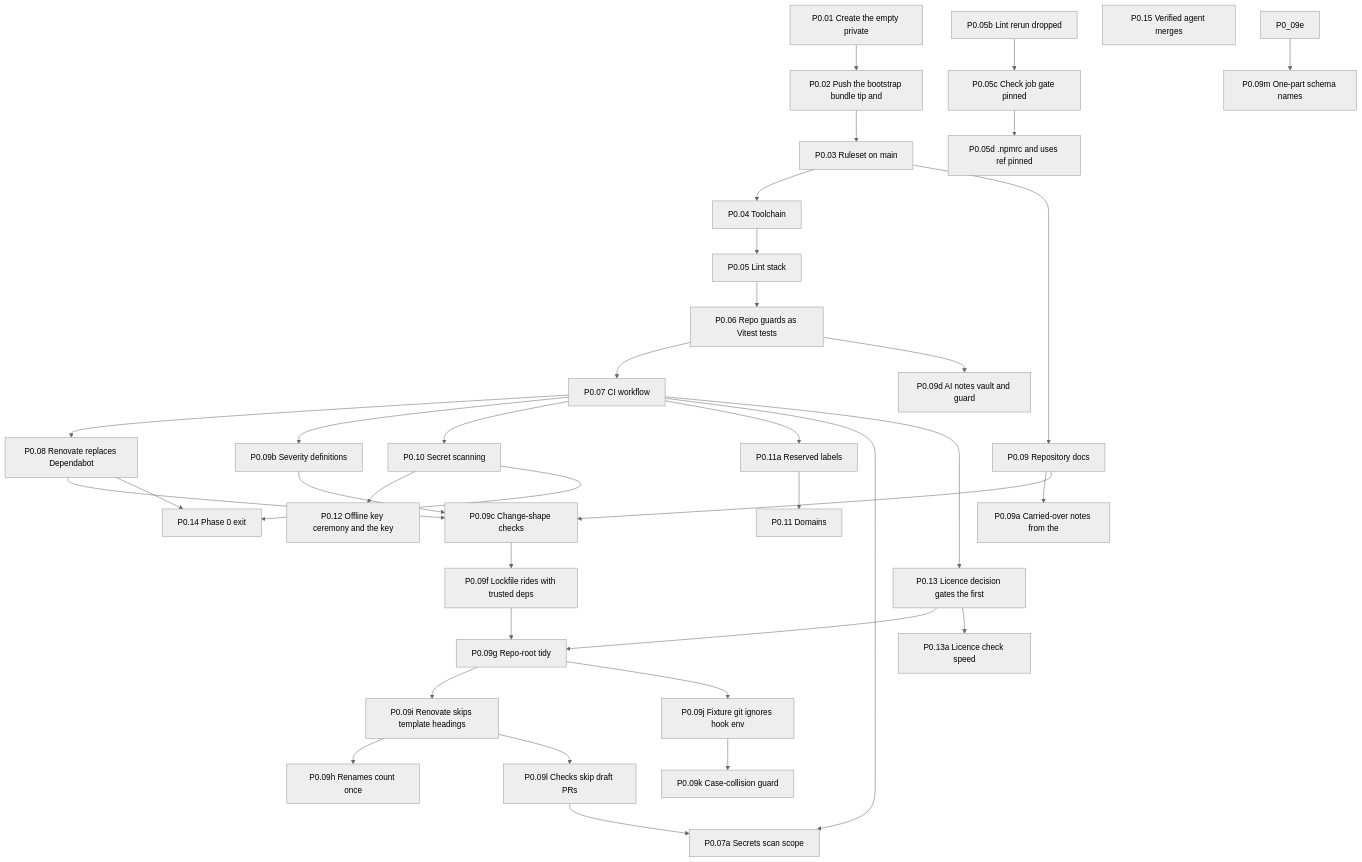
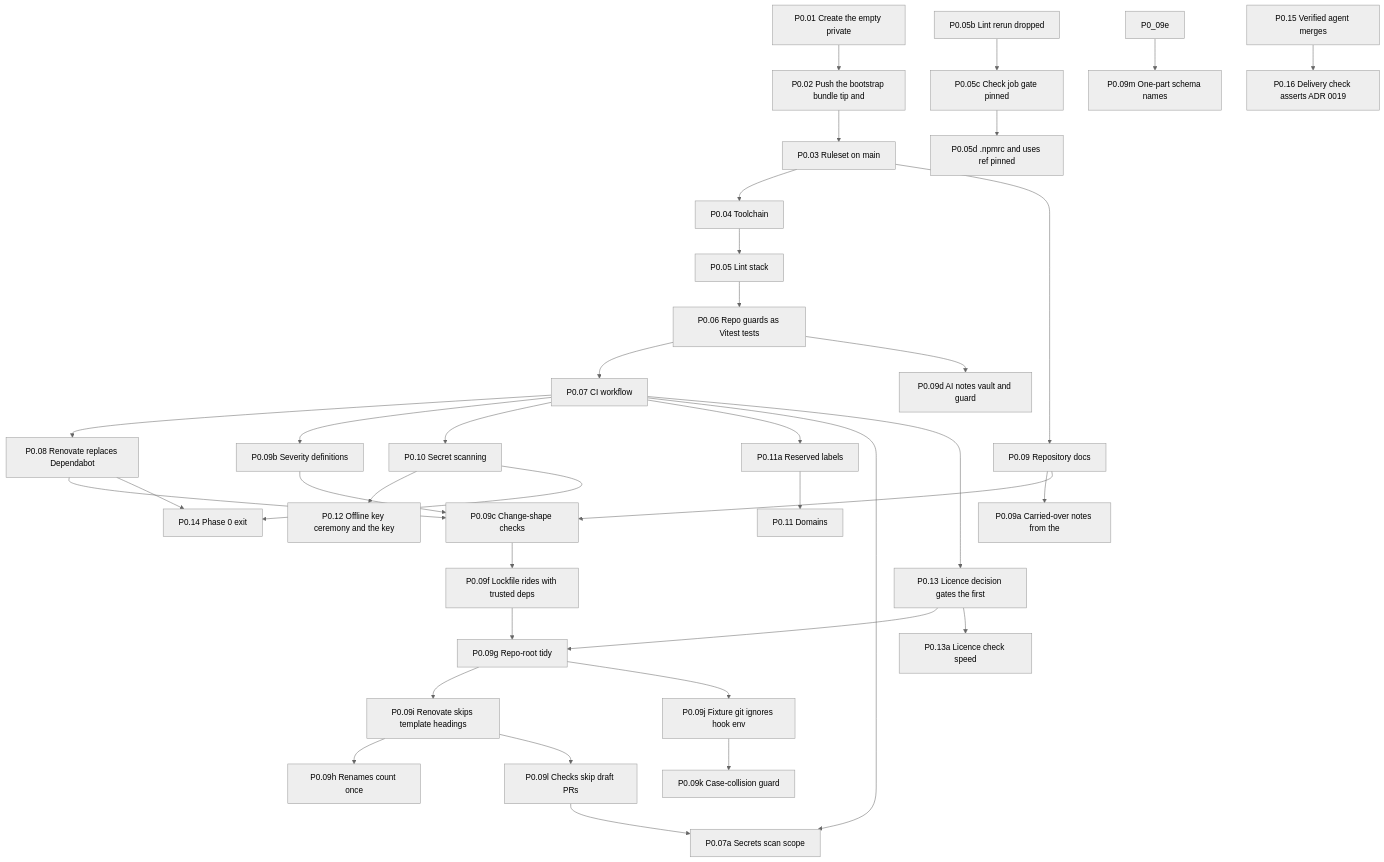
Before and after one commit to Undefined6799/unset: the first of 11 diagrams in docs/ai/book/01-outline.md, drawn with Mermaid (neutral theme). The commit also changed other lines of this file and 1 other file, not shown here.

````diff
--- a/docs/ai/book/01-outline.md
+++ b/docs/ai/book/01-outline.md
@@ -64,71 +65,73 @@
 ```mermaid
 flowchart TD
   P0_01["P0.01 Create the empty private"]
   P0_02["P0.02 Push the bootstrap bundle tip and"]
   P0_03["P0.03 Ruleset on main"]
   P0_04["P0.04 Toolchain"]
   P0_05["P0.05 Lint stack"]
   P0_05b["P0.05b Lint rerun dropped"]
   P0_05c["P0.05c Check job gate pinned"]
   P0_05d["P0.05d .npmrc and uses ref pinned"]
   P0_06["P0.06 Repo guards as Vitest tests"]
   P0_07["P0.07 CI workflow"]
   P0_08["P0.08 Renovate replaces Dependabot"]
   P0_09["P0.09 Repository docs"]
   P0_09a["P0.09a Carried-over notes from the"]
   P0_09b["P0.09b Severity definitions"]
   P0_09c["P0.09c Change-shape checks"]
   P0_09d["P0.09d AI notes vault and guard"]
   P0_09f["P0.09f Lockfile rides with trusted deps"]
   P0_09g["P0.09g Repo-root tidy"]
   P0_09h["P0.09h Renames count once"]
   P0_09i["P0.09i Renovate skips template headings"]
   P0_09l["P0.09l Checks skip draft PRs"]
   P0_07a["P0.07a Secrets scan scope"]
   P0_09j["P0.09j Fixture git ignores hook env"]
   P0_09k["P0.09k Case-collision guard"]
   P0_09m["P0.09m One-part schema names"]
   P0_10["P0.10 Secret scanning"]
   P0_11a["P0.11a Reserved labels"]
   P0_11["P0.11 Domains"]
   P0_12["P0.12 Offline key ceremony and the key"]
   P0_13["P0.13 Licence decision gates the first"]
   P0_13a["P0.13a Licence check speed"]
   P0_14["P0.14 Phase 0 exit"]
   P0_15["P0.15 Verified agent merges"]
+  P0_16["P0.16 Delivery check asserts ADR 0019"]
   P0_01 --> P0_02
   P0_02 --> P0_03
   P0_03 --> P0_04
   P0_04 --> P0_05
   P0_05b --> P0_05c
   P0_05c --> P0_05d
   P0_05 --> P0_06
   P0_06 --> P0_07
   P0_07 --> P0_08
   P0_03 --> P0_09
   P0_09 --> P0_09a
   P0_07 --> P0_09b
   P0_08 --> P0_09c
   P0_09 --> P0_09c
   P0_09b --> P0_09c
   P0_06 --> P0_09d
   P0_09c --> P0_09f
   P0_09f --> P0_09g
   P0_13 --> P0_09g
   P0_09g --> P0_09i
   P0_09g --> P0_09j
   P0_09i --> P0_09h
   P0_09j --> P0_09k
   P0_09e --> P0_09m
   P0_09i --> P0_09l
   P0_07 --> P0_10
   P0_07 --> P0_11a
   P0_07 --> P0_07a
   P0_09l --> P0_07a
   P0_11a --> P0_11
   P0_10 --> P0_12
   P0_07 --> P0_13
   P0_13 --> P0_13a
   P0_08 --> P0_14
   P0_10 --> P0_14
+  P0_15 --> P0_16
 ```
````
